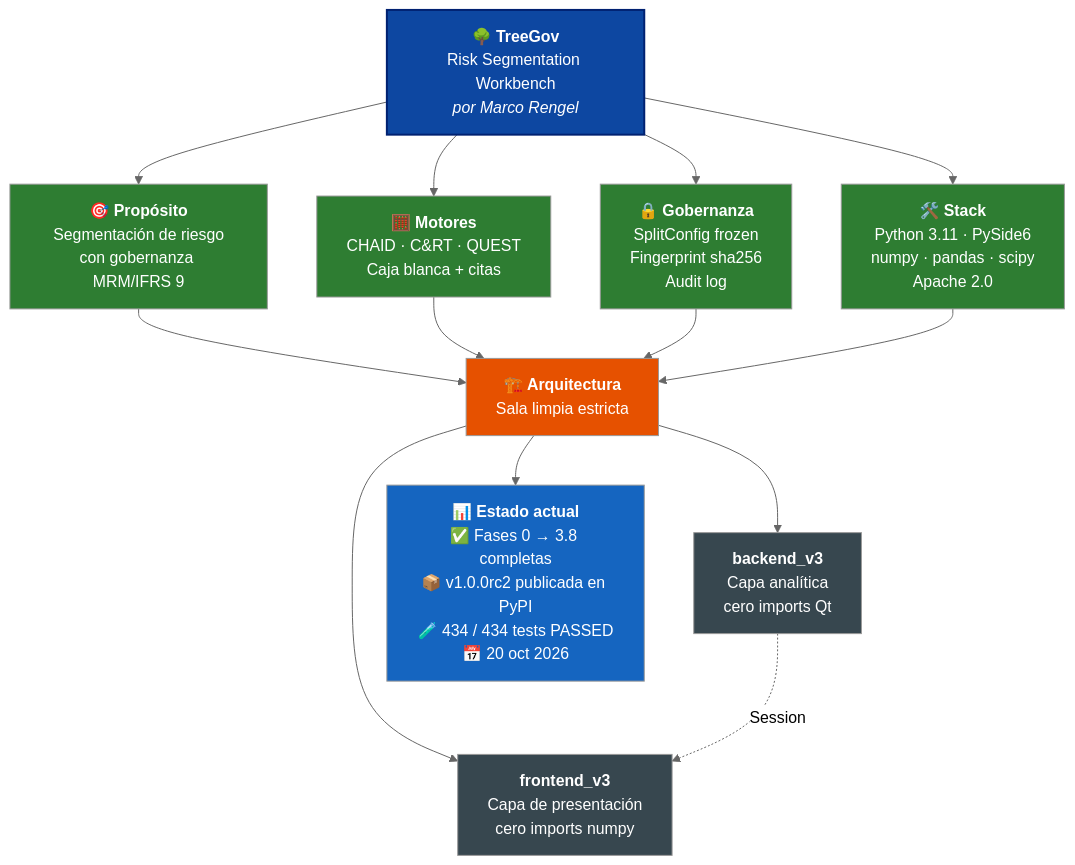
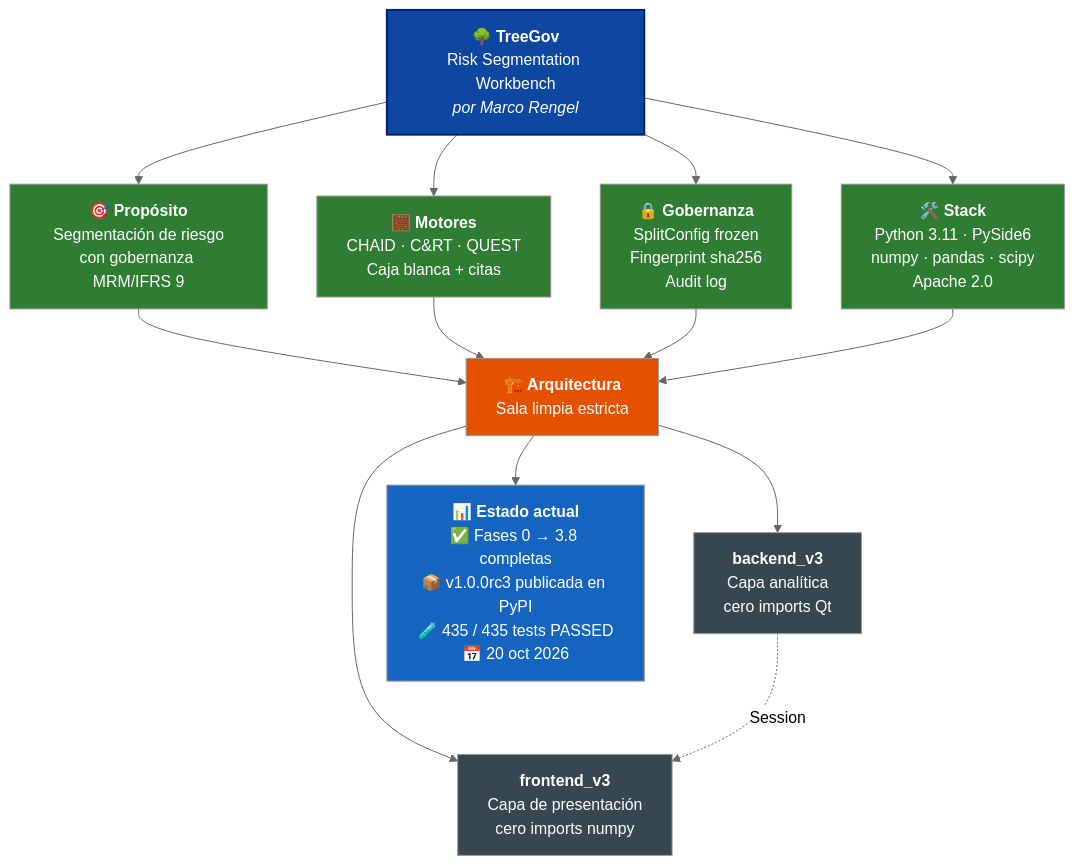
Before and after one commit to Marco-Rengel/treegov: the diagram in README.es.md, drawn with Mermaid (neutral theme). The commit also changed other lines of this file and 12 other files, not shown here.

````diff
--- a/README.es.md
+++ b/README.es.md
@@ -36,31 +36,31 @@
 ```mermaid
 flowchart TB
     TG["<b>🌳 TreeGov</b><br/>Risk Segmentation Workbench<br/><i>por Marco Rengel</i>"]
 
     TG --> P["<b>🎯 Propósito</b><br/>Segmentación de riesgo<br/>con gobernanza MRM/IFRS 9"]
     TG --> M["<b>🧮 Motores</b><br/>CHAID · C&RT · QUEST<br/>Caja blanca + citas"]
     TG --> G["<b>🔒 Gobernanza</b><br/>SplitConfig frozen<br/>Fingerprint sha256<br/>Audit log"]
     TG --> S["<b>🛠️ Stack</b><br/>Python 3.11 · PySide6<br/>numpy · pandas · scipy<br/>Apache 2.0"]
 
     P --> ARQ["<b>🏗️ Arquitectura</b><br/>Sala limpia estricta"]
     M --> ARQ
     G --> ARQ
     S --> ARQ
 
     ARQ --> BE["<b>backend_v3</b><br/>Capa analítica<br/>cero imports Qt"]
     ARQ --> FE["<b>frontend_v3</b><br/>Capa de presentación<br/>cero imports numpy"]
 
     BE -.->|Session| FE
 
-    ARQ --> ST["<b>📊 Estado actual</b><br/>✅ Fases 0 → 3.8 completas<br/>📦 v1.0.0rc2 publicada en PyPI<br/>🧪 434 / 434 tests PASSED<br/>📅 20 oct 2026"]
+    ARQ --> ST["<b>📊 Estado actual</b><br/>✅ Fases 0 → 3.8 completas<br/>📦 v1.0.0rc3 publicada en PyPI<br/>🧪 435 / 435 tests PASSED<br/>📅 20 oct 2026"]
 
     style TG fill:#0D47A1,color:#fff,stroke:#002171,stroke-width:2px
     style P fill:#2E7D32,color:#fff
     style M fill:#2E7D32,color:#fff
     style G fill:#2E7D32,color:#fff
     style S fill:#2E7D32,color:#fff
     style ARQ fill:#E65100,color:#fff
     style BE fill:#37474F,color:#fff
     style FE fill:#37474F,color:#fff
     style ST fill:#1565C0,color:#fff
 ```
````
